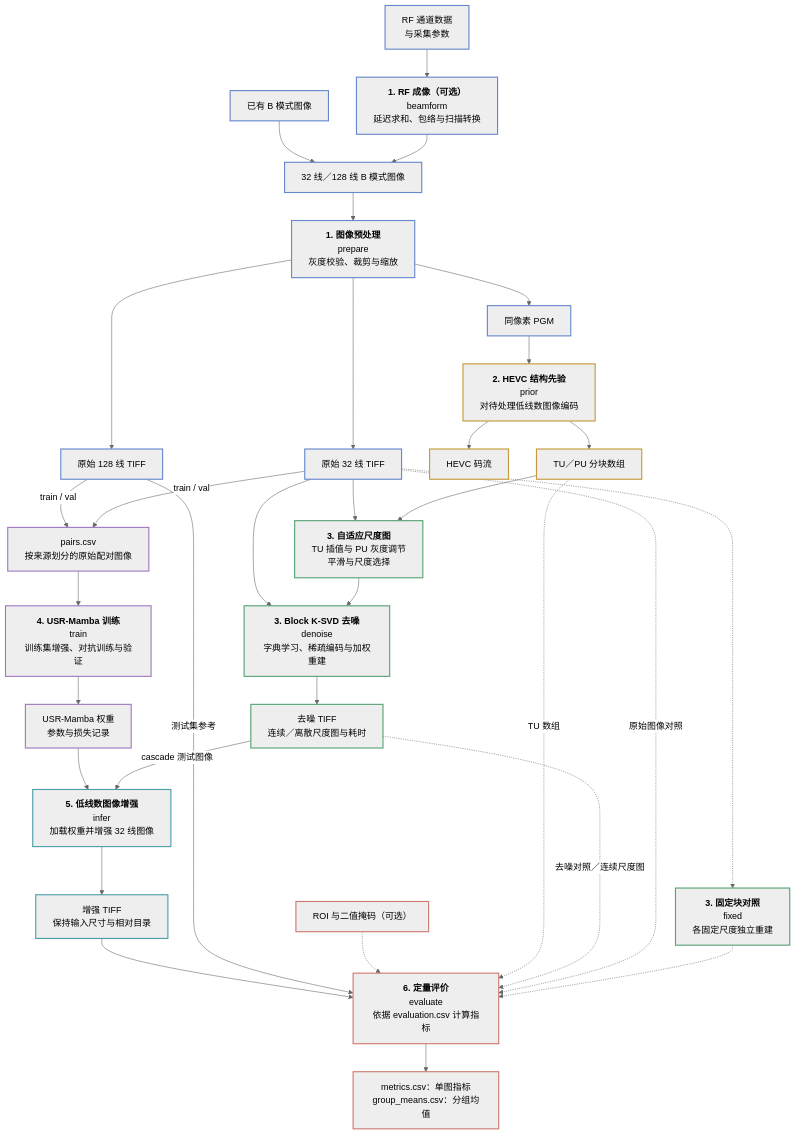
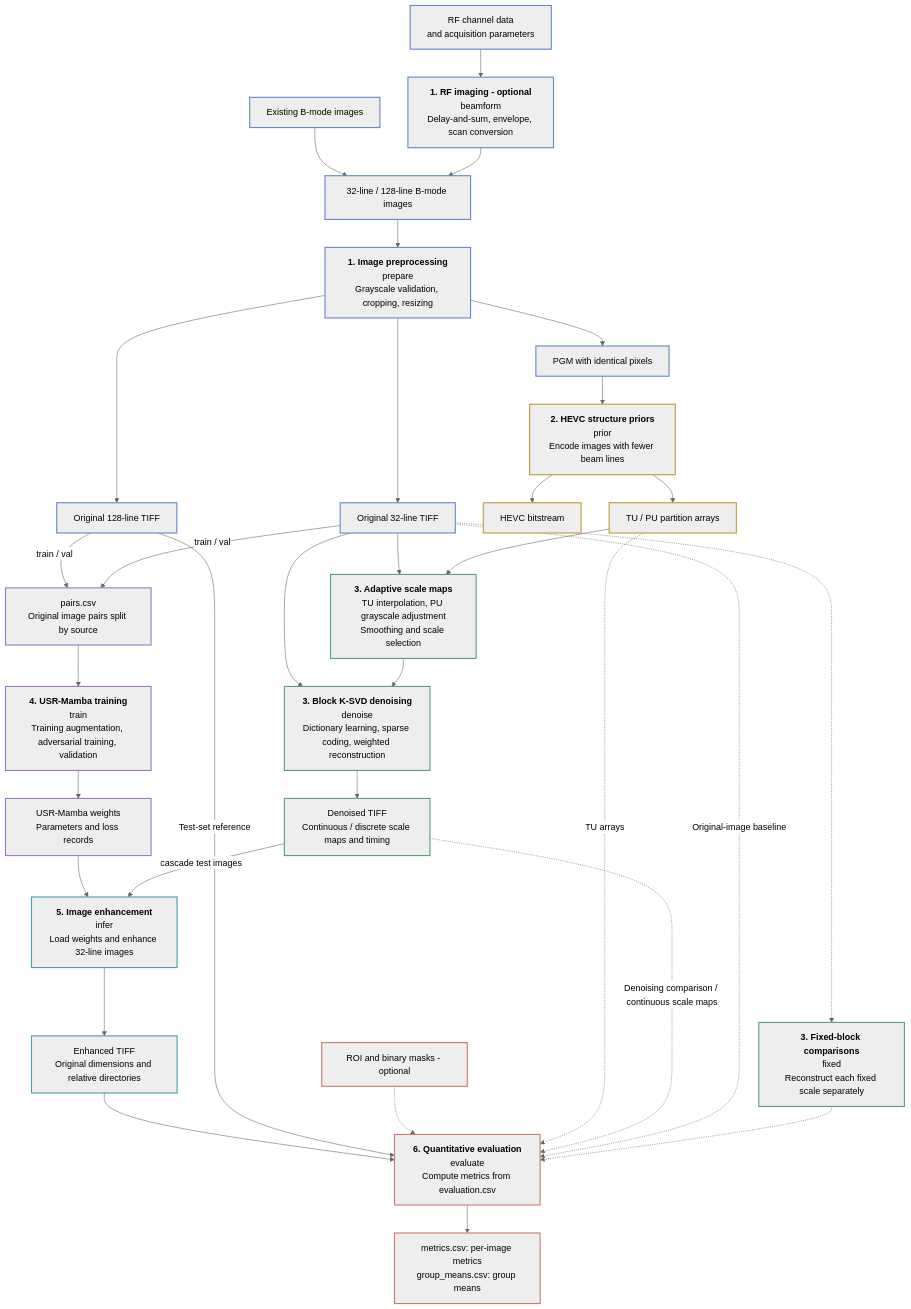
Before and after one commit to LumaVistaLab/hevc-ksvd-mamba-for-ultrasound: the first of 7 diagrams in README.md, drawn with Mermaid (neutral theme). The commit also changed other lines of this file and 3 other files, not shown here.

````diff
--- a/README.md
+++ b/README.md
@@ -11,51 +13,51 @@
 ```mermaid
 flowchart TD
-    %% 阶段标题放在普通节点中，避免跨子图连线穿过分组标题与边界。
-    RF["RF 通道数据<br/>与采集参数"] --> BF["<b>1. RF 成像（可选）</b><br/>beamform<br/>延迟求和、包络与扫描转换"]
-    BF --> BM["32 线／128 线 B 模式图像"]
-    Existing["已有 B 模式图像"] --> BM
-    BM --> Prep["<b>1. 图像预处理</b><br/>prepare<br/>灰度校验、裁剪与缩放"]
-    Prep --> Low["原始 32 线 TIFF"]
-    Prep --> High["原始 128 线 TIFF"]
-    Prep --> PGM["同像素 PGM"]
+    %% Keep stage titles in regular nodes so cross-stage edges do not cross subgraph titles or borders.
+    RF["RF channel data<br/>and acquisition parameters"] --> BF["<b>1. RF imaging - optional</b><br/>beamform<br/>Delay-and-sum, envelope, scan conversion"]
+    BF --> BM["32-line / 128-line B-mode images"]
+    Existing["Existing B-mode images"] --> BM
+    BM --> Prep["<b>1. Image preprocessing</b><br/>prepare<br/>Grayscale validation, cropping, resizing"]
+    Prep --> Low["Original 32-line TIFF"]
+    Prep --> High["Original 128-line TIFF"]
+    Prep --> PGM["PGM with identical pixels"]
 
-    PGM --> HEVC["<b>2. HEVC 结构先验</b><br/>prior<br/>对待处理低线数图像编码"]
-    HEVC --> Stream["HEVC 码流"]
-    HEVC --> Blocks["TU／PU 分块数组"]
-    Blocks --> Maps["<b>3. 自适应尺度图</b><br/>TU 插值与 PU 灰度调节<br/>平滑与尺度选择"]
+    PGM --> HEVC["<b>2. HEVC structure priors</b><br/>prior<br/>Encode images with fewer beam lines"]
+    HEVC --> Stream["HEVC bitstream"]
+    HEVC --> Blocks["TU / PU partition arrays"]
+    Blocks --> Maps["<b>3. Adaptive scale maps</b><br/>TU interpolation, PU grayscale adjustment<br/>Smoothing and scale selection"]
     Low --> Maps
-    Maps --> KSVD["<b>3. Block K-SVD 去噪</b><br/>denoise<br/>字典学习、稀疏编码与加权重建"]
+    Maps --> KSVD["<b>3. Block K-SVD denoising</b><br/>denoise<br/>Dictionary learning, sparse coding, weighted reconstruction"]
     Low --> KSVD
-    KSVD --> Denoised["去噪 TIFF<br/>连续／离散尺度图与耗时"]
+    KSVD --> Denoised["Denoised TIFF<br/>Continuous / discrete scale maps and timing"]
 
-    Low -->|train / val| Pairs["pairs.csv<br/>按来源划分的原始配对图像"]
+    Low -->|train / val| Pairs["pairs.csv<br/>Original image pairs split by source"]
     High -->|train / val| Pairs
-    Pairs --> Train["<b>4. USR-Mamba 训练</b><br/>train<br/>训练集增强、对抗训练与验证"]
-    Train --> Weights["USR-Mamba 权重<br/>参数与损失记录"]
-    Denoised -->|cascade 测试图像| Infer["<b>5. 低线数图像增强</b><br/>infer<br/>加载权重并增强 32 线图像"]
+    Pairs --> Train["<b>4. USR-Mamba training</b><br/>train<br/>Training augmentation, adversarial training, validation"]
+    Train --> Weights["USR-Mamba weights<br/>Parameters and loss records"]
+    Denoised -->|cascade test images| Infer["<b>5. Image enhancement</b><br/>infer<br/>Load weights and enhance 32-line images"]
     Weights --> Infer
-    Infer --> Enhanced["增强 TIFF<br/>保持输入尺寸与相对目录"]
+    Infer --> Enhanced["Enhanced TIFF<br/>Original dimensions and relative directories"]
 
-    Low -.-> Fixed["<b>3. 固定块对照</b><br/>fixed<br/>各固定尺度独立重建"]
-    Fixed -.-> Eval["<b>6. 定量评价</b><br/>evaluate<br/>依据 evaluation.csv 计算指标"]
-    Low -.->|原始图像对照| Eval
-    Denoised -.->|去噪对照／连续尺度图| Eval
-    Blocks -.->|TU 数组| Eval
-    Annotations["ROI 与二值掩码（可选）"] -.-> Eval
-    High -->|测试集参考| Eval
+    Low -.-> Fixed["<b>3. Fixed-block comparisons</b><br/>fixed<br/>Reconstruct each fixed scale separately"]
+    Fixed -.-> Eval["<b>6. Quantitative evaluation</b><br/>evaluate<br/>Compute metrics from evaluation.csv"]
+    Low -.->|Original-image baseline| Eval
+    Denoised -.->|Denoising comparison / continuous scale maps| Eval
+    Blocks -.->|TU arrays| Eval
+    Annotations["ROI and binary masks - optional"] -.-> Eval
+    High -->|Test-set reference| Eval
     Enhanced --> Eval
-    Eval --> Reports["metrics.csv：单图指标<br/>group_means.csv：分组均值"]
+    Eval --> Reports["metrics.csv: per-image metrics<br/>group_means.csv: group means"]
 
     classDef imaging stroke:#6688cc,stroke-width:2px;
     classDef structure stroke:#c49a3a,stroke-width:2px;
     classDef denoising stroke:#57a373,stroke-width:2px;
     classDef training stroke:#a079c2,stroke-width:2px;
     classDef inference stroke:#4c9eaa,stroke-width:2px;
     classDef metrics stroke:#cf7a70,stroke-width:2px;
     class RF,BF,BM,Existing,Prep,Low,High,PGM imaging;
     class HEVC,Stream,Blocks structure;
     class Maps,KSVD,Denoised,Fixed denoising;
     class Pairs,Train,Weights training;
     class Infer,Enhanced inference;
     class Annotations,Eval,Reports metrics;
 ```
````
